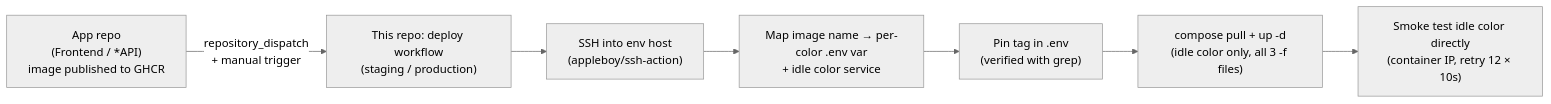
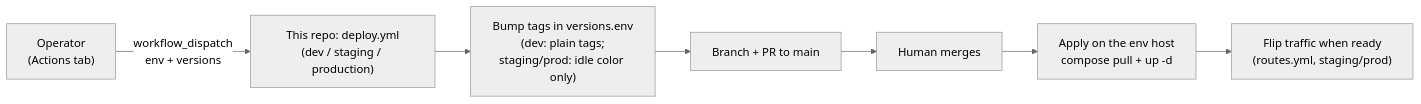
Before and after one commit to AstroLumina-by-Carmen-Ilie/AstroLumina-DockerCompose: the eighth of 8 diagrams in README.md, drawn with Mermaid (neutral theme). The commit also changed other lines of this file and 5 other files, not shown here.

Commit message:
refactor: consolidate deployment workflows into a single manual deploy.yml

````diff
--- a/README.md
+++ b/README.md
@@ -318,9 +317,9 @@
 ```mermaid
 flowchart LR
-    APP["App repo<br/>(Frontend / *API)<br/>image published to GHCR"] -->|repository_dispatch<br/>+ manual trigger| WF["This repo: deploy workflow<br/>(staging / production)"]
-    WF --> SSH["SSH into env host<br/>(appleboy/ssh-action)"]
-    SSH --> MAP["Map image name → per-color .env var<br/>+ idle color service"]
-    MAP --> SED["Pin tag in .env<br/>(verified with grep)"]
-    SED --> PULL["compose pull + up -d<br/>(idle color only, all 3 -f files)"]
-    PULL --> SMOKE["Smoke test idle color directly<br/>(container IP, retry 12 × 10s)"]
+    OP["Operator<br/>(Actions tab)"] -->|workflow_dispatch<br/>env + versions| WF["This repo: deploy.yml<br/>(dev / staging / production)"]
+    WF --> BUMP["Bump tags in versions.env<br/>(dev: plain tags;<br/>staging/prod: idle color only)"]
+    BUMP --> PR["Branch + PR to main"]
+    PR --> MERGE["Human merges"]
+    MERGE --> APPLY["Apply on the env host<br/>compose pull + up -d"]
+    APPLY --> SWITCH["Flip traffic when ready<br/>(routes.yml, staging/prod)"]
 ```
````
